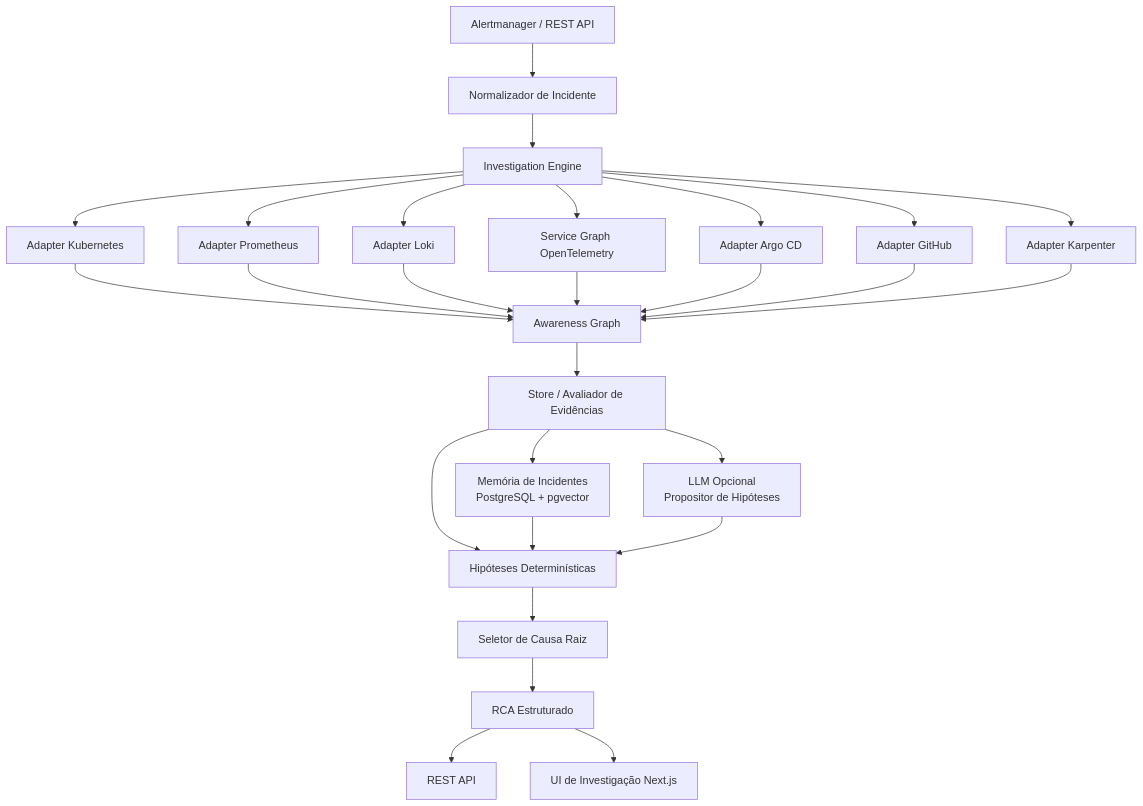
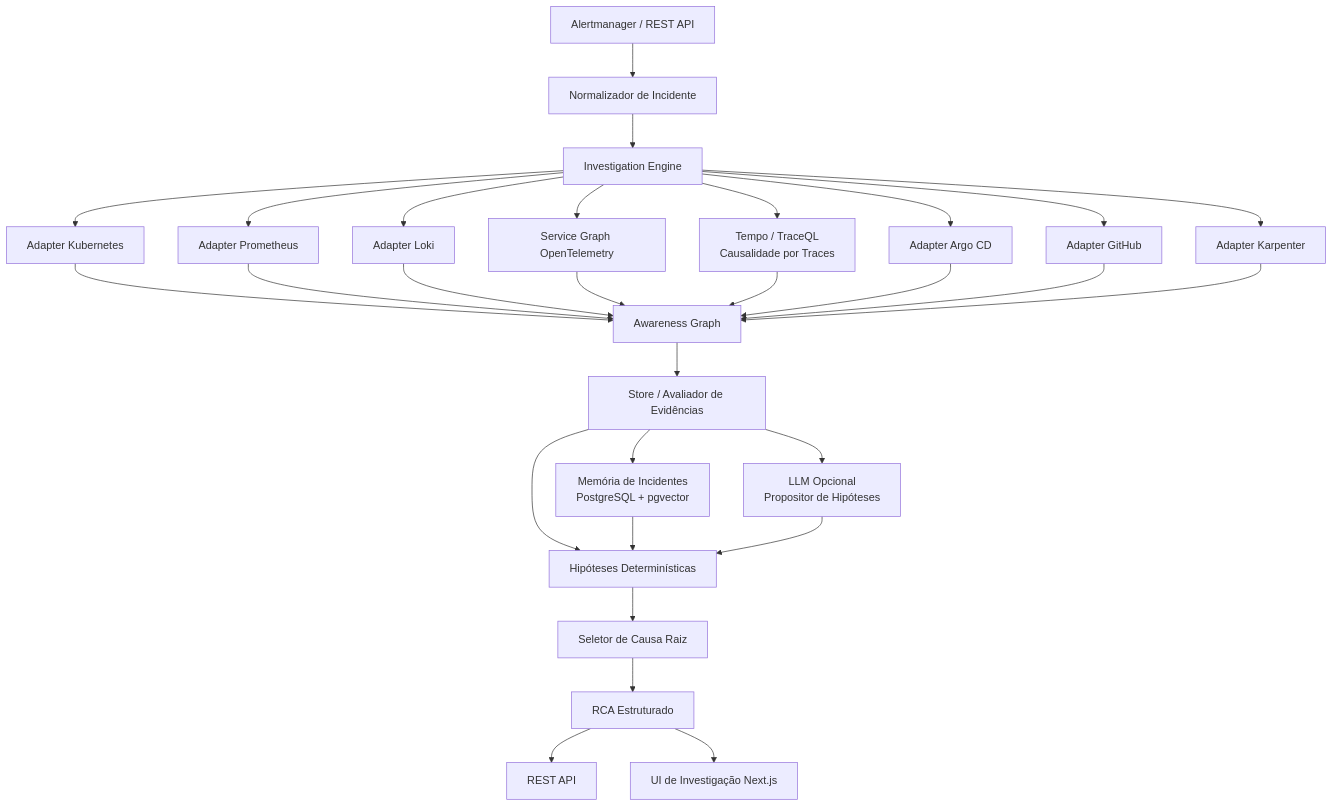
The first of 11 diagrams in docs/architecture.pt-BR.md (marcocristofolini/ai-sre-rca), drawn with Mermaid before and after one commit. The commit also changed other lines of this file, not shown here.

````diff
--- a/docs/architecture.pt-BR.md
+++ b/docs/architecture.pt-BR.md
@@ -7,33 +7,35 @@
 ```mermaid
 flowchart TD
     A[Alertmanager / REST API] --> N[Normalizador de Incidente]
     N --> I[Investigation Engine]
 
     I --> K[Adapter Kubernetes]
     I --> P[Adapter Prometheus]
     I --> L[Adapter Loki]
     I --> O[Service Graph OpenTelemetry]
+    I --> T[Tempo / TraceQL<br/>Causalidade por Traces]
     I --> AR[Adapter Argo CD]
     I --> GH[Adapter GitHub]
     I --> KA[Adapter Karpenter]
 
     K --> G[Awareness Graph]
     P --> G
     L --> G
     O --> G
+    T --> G
     AR --> G
     GH --> G
     KA --> G
 
     G --> EV[Store / Avaliador de Evidências]
     EV --> H[Hipóteses Determinísticas]
     EV --> MEM[Memória de Incidentes<br/>PostgreSQL + pgvector]
     EV --> LLM[LLM Opcional<br/>Propositor de Hipóteses]
 
     MEM --> H
     LLM --> H
     H --> RC[Seletor de Causa Raiz]
     RC --> RCA[RCA Estruturado]
     RCA --> API[REST API]
     RCA --> UI[UI de Investigação Next.js]
 ```
````
